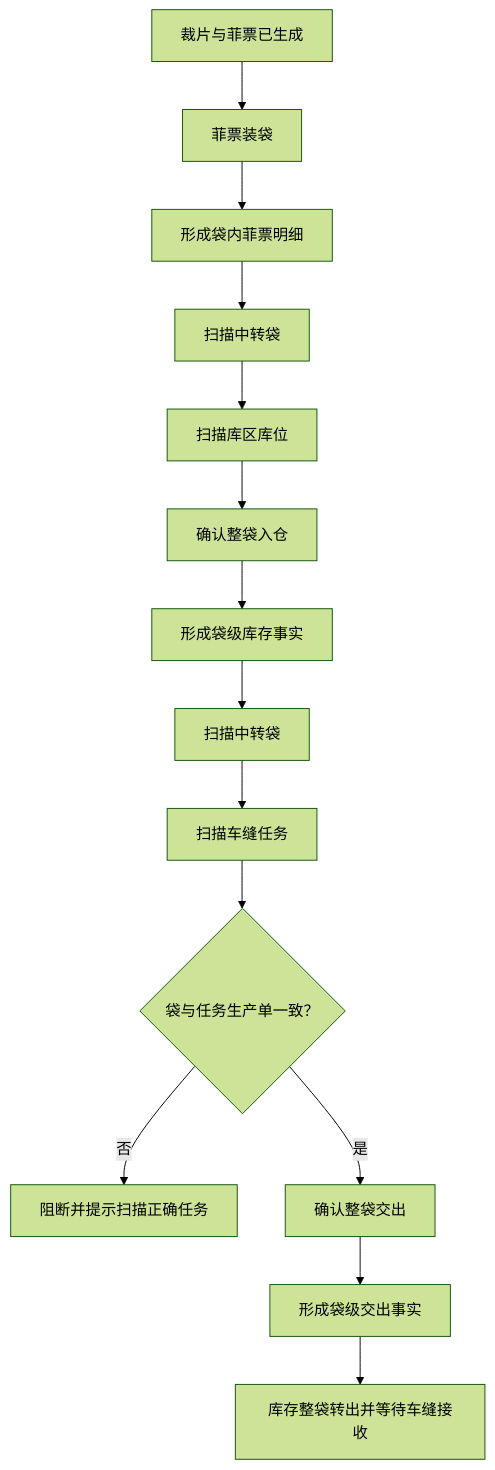
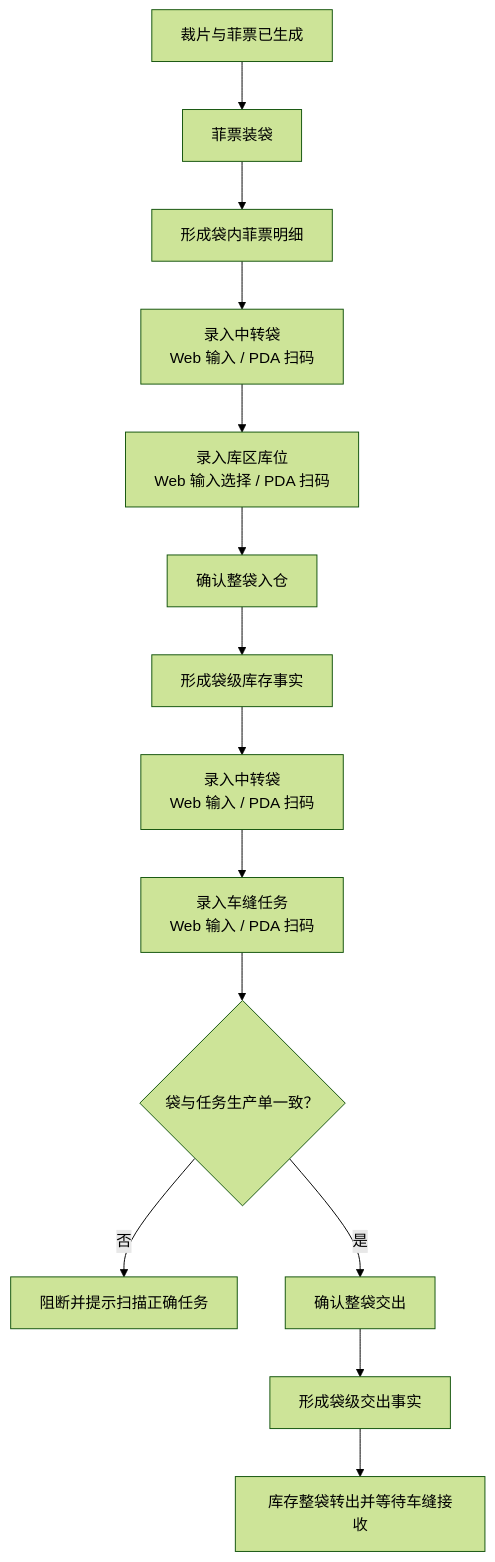
Before and after one commit to laoertongxue/higoods: the second of 2 diagrams in docs/superpowers/specs/2026-07-27-cutting-transfer-bag-whole-flow-design.md, drawn with Mermaid (forest theme). The commit also changed other lines of this file, not shown here.

Commit message:
docs: 明确中转袋 Web 与 PDA 录入方式

````diff
--- a/docs/superpowers/specs/2026-07-27-cutting-transfer-bag-whole-flow-design.md
+++ b/docs/superpowers/specs/2026-07-27-cutting-transfer-bag-whole-flow-design.md
@@ -119,16 +121,16 @@
 ```mermaid
 flowchart TD
   A["裁片与菲票已生成"] --> B["菲票装袋"]
   B --> C["形成袋内菲票明细"]
-  C --> D["扫描中转袋"]
-  D --> E["扫描库区库位"]
+  C --> D["录入中转袋<br/>Web 输入 / PDA 扫码"]
+  D --> E["录入库区库位<br/>Web 输入选择 / PDA 扫码"]
   E --> F["确认整袋入仓"]
   F --> G["形成袋级库存事实"]
-  G --> H["扫描中转袋"]
-  H --> I["扫描车缝任务"]
+  G --> H["录入中转袋<br/>Web 输入 / PDA 扫码"]
+  H --> I["录入车缝任务<br/>Web 输入 / PDA 扫码"]
   I --> J{"袋与任务生产单一致？"}
   J -->|否| K["阻断并提示扫描正确任务"]
   J -->|是| L["确认整袋交出"]
   L --> M["形成袋级交出事实"]
   M --> N["库存整袋转出并等待车缝接收"]
 ```
````
